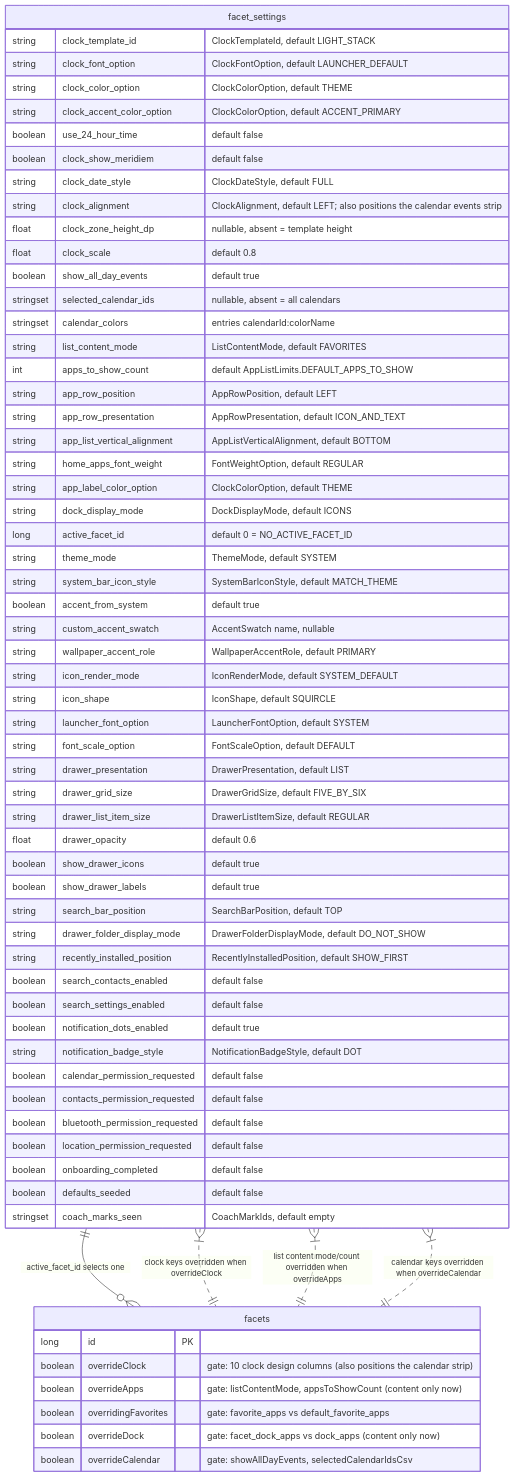
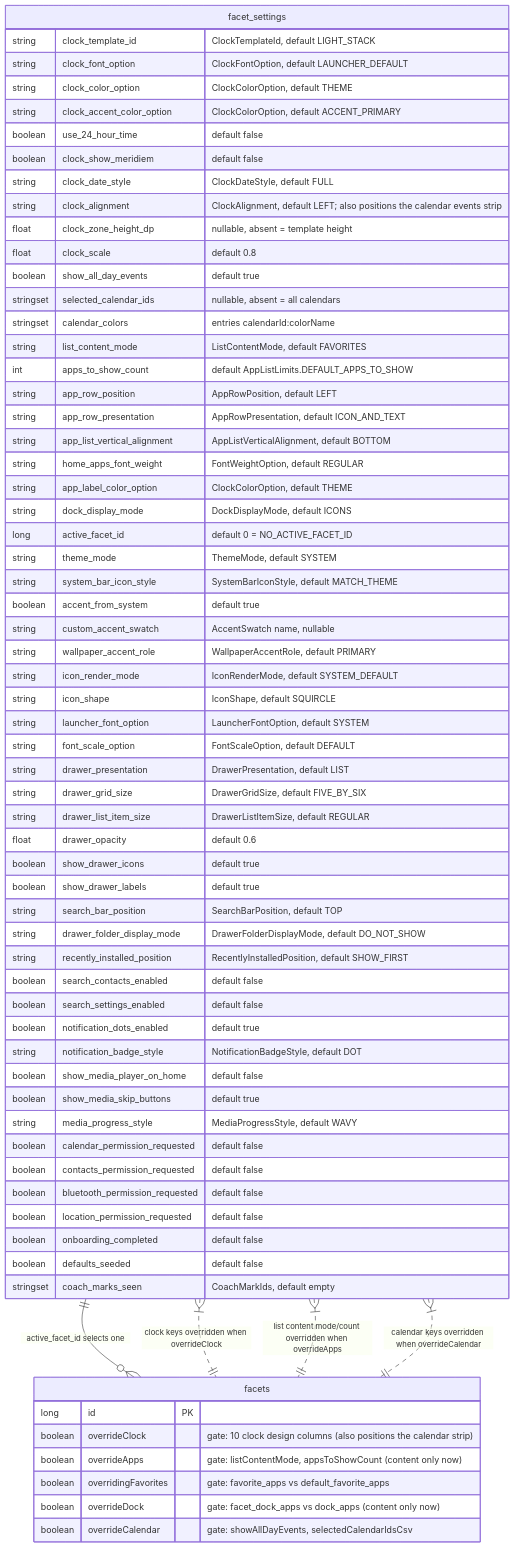
The third of 3 diagrams in docs/architecture/02-persistence-room.md (rohitganjam/facet-launcher), drawn with Mermaid before and after one commit. The commit also changed other lines of this file and 69 other files, not shown here.

````diff
--- a/docs/architecture/02-persistence-room.md
+++ b/docs/architecture/02-persistence-room.md
@@ -390,70 +390,73 @@
 ```mermaid
 erDiagram
     facet_settings {
         string clock_template_id "ClockTemplateId, default LIGHT_STACK"
         string clock_font_option "ClockFontOption, default LAUNCHER_DEFAULT"
         string clock_color_option "ClockColorOption, default THEME"
         string clock_accent_color_option "ClockColorOption, default ACCENT_PRIMARY"
         boolean use_24_hour_time "default false"
         boolean clock_show_meridiem "default false"
         string clock_date_style "ClockDateStyle, default FULL"
         string clock_alignment "ClockAlignment, default LEFT; also positions the calendar events strip"
         float clock_zone_height_dp "nullable, absent = template height"
         float clock_scale "default 0.8"
         boolean show_all_day_events "default true"
         stringset selected_calendar_ids "nullable, absent = all calendars"
         stringset calendar_colors "entries calendarId:colorName"
         string list_content_mode "ListContentMode, default FAVORITES"
         int apps_to_show_count "default AppListLimits.DEFAULT_APPS_TO_SHOW"
         string app_row_position "AppRowPosition, default LEFT"
         string app_row_presentation "AppRowPresentation, default ICON_AND_TEXT"
         string app_list_vertical_alignment "AppListVerticalAlignment, default BOTTOM"
         string home_apps_font_weight "FontWeightOption, default REGULAR"
         string app_label_color_option "ClockColorOption, default THEME"
         string dock_display_mode "DockDisplayMode, default ICONS"
         long active_facet_id "default 0 = NO_ACTIVE_FACET_ID"
         string theme_mode "ThemeMode, default SYSTEM"
         string system_bar_icon_style "SystemBarIconStyle, default MATCH_THEME"
         boolean accent_from_system "default true"
         string custom_accent_swatch "AccentSwatch name, nullable"
         string wallpaper_accent_role "WallpaperAccentRole, default PRIMARY"
         string icon_render_mode "IconRenderMode, default SYSTEM_DEFAULT"
         string icon_shape "IconShape, default SQUIRCLE"
         string launcher_font_option "LauncherFontOption, default SYSTEM"
         string font_scale_option "FontScaleOption, default DEFAULT"
         string drawer_presentation "DrawerPresentation, default LIST"
         string drawer_grid_size "DrawerGridSize, default FIVE_BY_SIX"
         string drawer_list_item_size "DrawerListItemSize, default REGULAR"
         float drawer_opacity "default 0.6"
         boolean show_drawer_icons "default true"
         boolean show_drawer_labels "default true"
         string search_bar_position "SearchBarPosition, default TOP"
         string drawer_folder_display_mode "DrawerFolderDisplayMode, default DO_NOT_SHOW"
         string recently_installed_position "RecentlyInstalledPosition, default SHOW_FIRST"
         boolean search_contacts_enabled "default false"
         boolean search_settings_enabled "default false"
         boolean notification_dots_enabled "default true"
         string notification_badge_style "NotificationBadgeStyle, default DOT"
+        boolean show_media_player_on_home "default false"
+        boolean show_media_skip_buttons "default true"
+        string media_progress_style "MediaProgressStyle, default WAVY"
         boolean calendar_permission_requested "default false"
         boolean contacts_permission_requested "default false"
         boolean bluetooth_permission_requested "default false"
         boolean location_permission_requested "default false"
         boolean onboarding_completed "default false"
         boolean defaults_seeded "default false"
         stringset coach_marks_seen "CoachMarkIds, default empty"
     }
 
     facets {
         long id PK
         boolean overrideClock "gate: 10 clock design columns (also positions the calendar strip)"
         boolean overrideApps "gate: listContentMode, appsToShowCount (content only now)"
         boolean overridingFavorites "gate: favorite_apps vs default_favorite_apps"
         boolean overrideDock "gate: facet_dock_apps vs dock_apps (content only now)"
         boolean overrideCalendar "gate: showAllDayEvents, selectedCalendarIdsCsv"
     }
 
     facet_settings ||--o{ facets : "active_facet_id selects one"
     facet_settings }|..|| facets : "clock keys overridden when overrideClock"
     facet_settings }|..|| facets : "list content mode/count overridden when overrideApps"
     facet_settings }|..|| facets : "calendar keys overridden when overrideCalendar"
 ```
````
